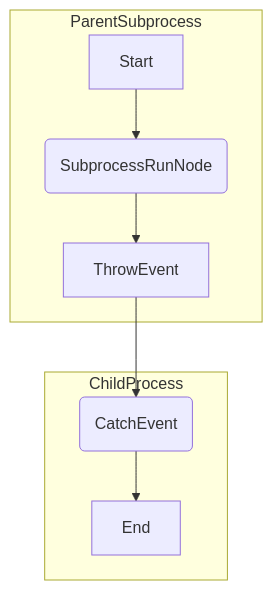
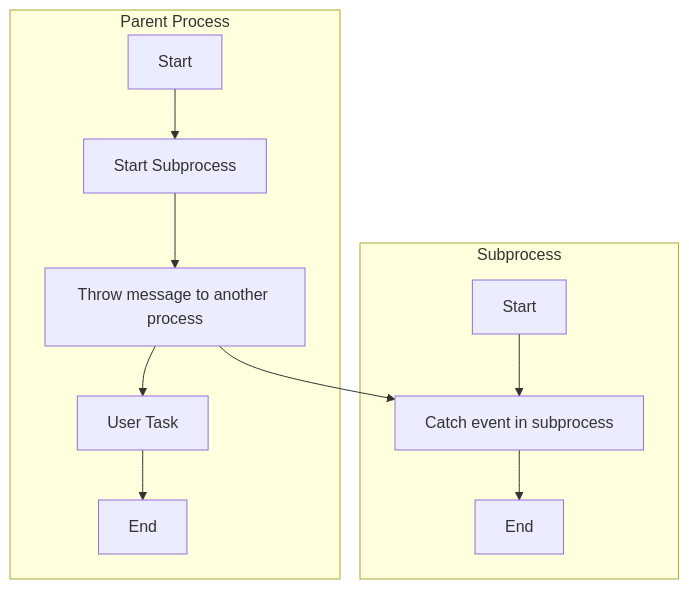
One commit to flowx-ai/docs-flowx changed the second of 2 diagrams in docs/building-blocks/node/message-events/message-intermediate/example-intermediate-message-events.md. Above: the diagram before and after it, drawn with Mermaid. The commit also changed other lines of this file and 1 other file, not shown here.

````diff
--- a/docs/building-blocks/node/message-events/message-intermediate/example-intermediate-message-events.md
+++ b/docs/building-blocks/node/message-events/message-intermediate/example-intermediate-message-events.md
@@ -236,15 +257,20 @@
 ```mermaid
 graph TD
-  subgraph ParentSubprocess
+  subgraph Parent Process
     a[Start]
-    b(SubprocessRunNode)
-    c[ThrowEvent]
-  end
-
-  subgraph ChildProcess
-    d(CatchEvent)
+    b[Start Subprocess]
+    c[Throw message to another process]
+    d[User Task]
     e[End]
   end
 
+  subgraph Subprocess
+    f[Start]
+    g[Catch event in subprocess]
+    h[End]
+  end
+
   a --> b --> c --> d --> e
+  f --> g --> h
+  c --> g
 ```
````
